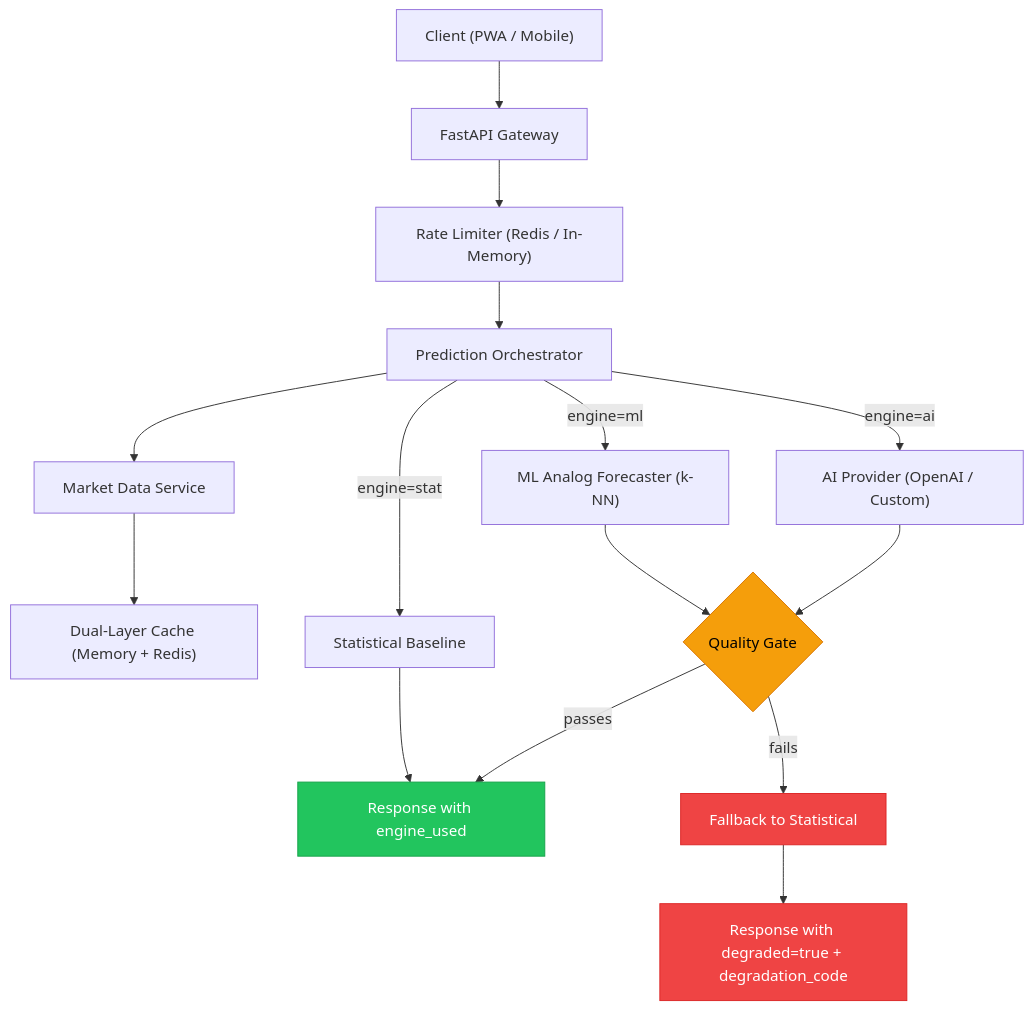
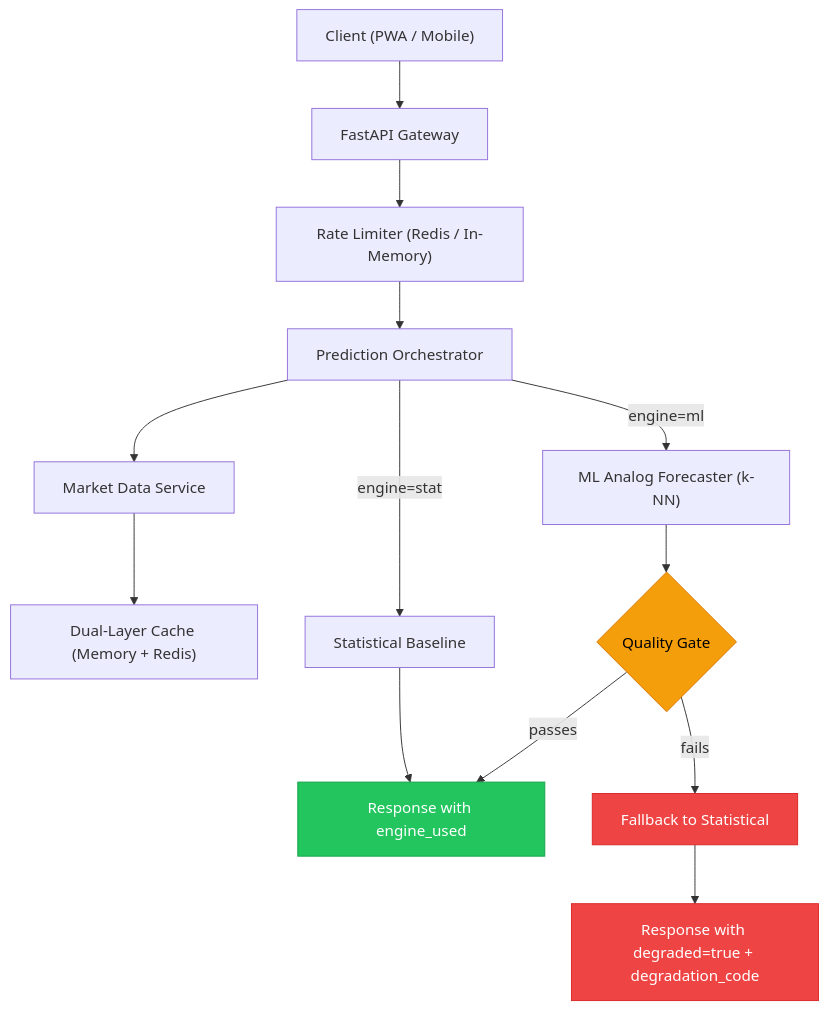
Before and after one commit to Davidvdv231/Aurion: the diagram in README.md, drawn with Mermaid. The commit also changed other lines of this file and 26 other files, not shown here.

````diff
--- a/README.md
+++ b/README.md
@@ -14,24 +14,22 @@
 ```mermaid
 flowchart TD
     Client["Client (PWA / Mobile)"] --> API["FastAPI Gateway"]
     API --> RL["Rate Limiter (Redis / In-Memory)"]
     RL --> PO["Prediction Orchestrator"]
     PO --> MD["Market Data Service"]
     MD --> Cache["Dual-Layer Cache (Memory + Redis)"]
 
     PO --> |"engine=stat"| STAT["Statistical Baseline"]
     PO --> |"engine=ml"| ML["ML Analog Forecaster (k-NN)"]
-    PO --> |"engine=ai"| AI["AI Provider (OpenAI / Custom)"]
 
     ML --> QG{"Quality Gate"}
-    AI --> QG
     QG --> |"passes"| RES["Response with engine_used"]
     QG --> |"fails"| FB["Fallback to Statistical"]
     FB --> DEG["Response with degraded=true + degradation_code"]
     STAT --> RES
 
     style QG fill:#f59e0b,stroke:#d97706,color:#000
     style FB fill:#ef4444,stroke:#dc2626,color:#fff
     style DEG fill:#ef4444,stroke:#dc2626,color:#fff
     style RES fill:#22c55e,stroke:#16a34a,color:#fff
 ```
````
